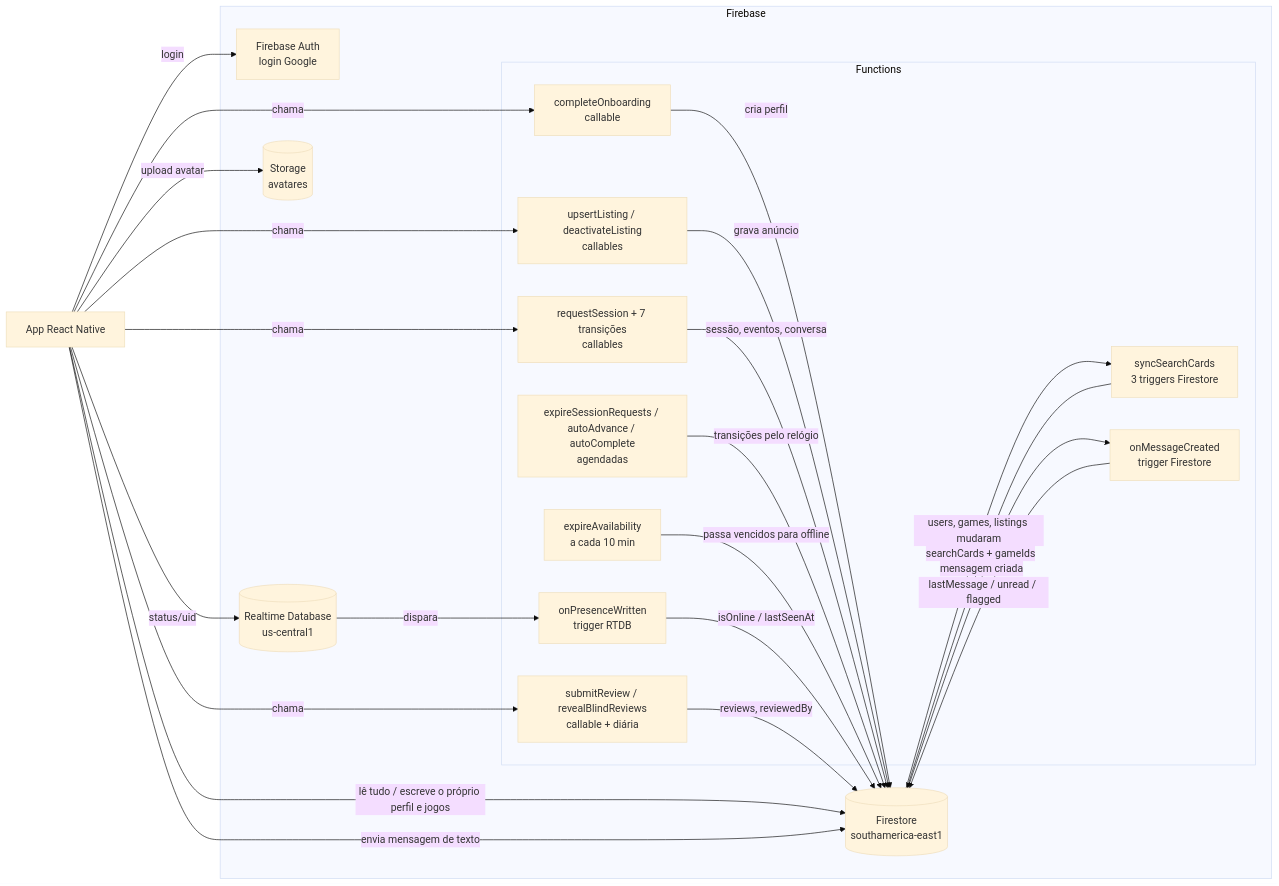
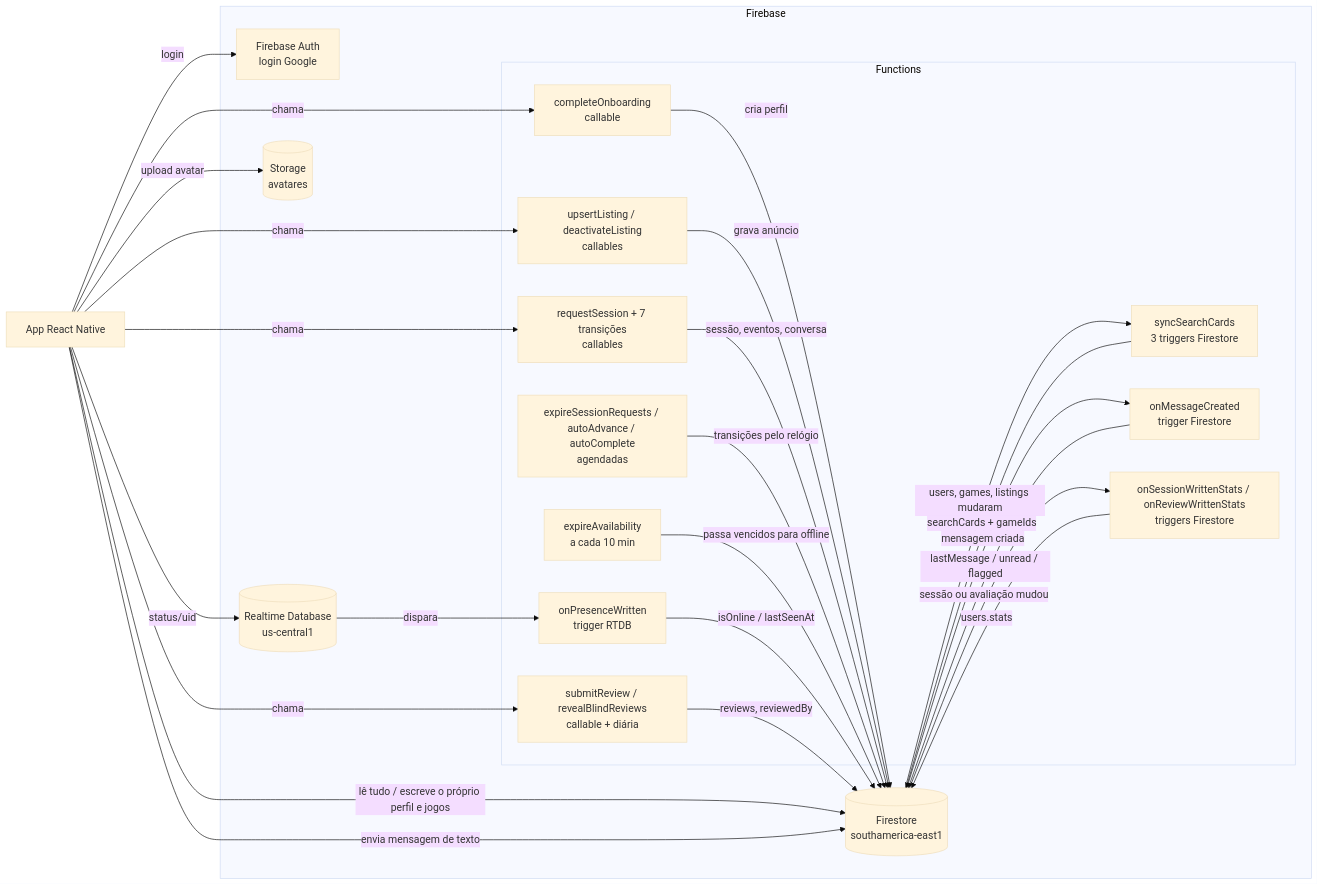
One commit to BMTeam-dev/player_two_backend changed the diagram in docs/DOCs.md. Above: the diagram before and after it, drawn with Mermaid (base theme). The commit also changed other lines of this file and 15 other files, not shown here.

First line of the commit message:
Adiciona stats do perfil recontadas por triggers (tarefa 30) (#16)

````diff
--- a/docs/DOCs.md
+++ b/docs/DOCs.md
@@ -46,44 +47,47 @@
 ```mermaid
 flowchart LR
   App[App React Native]
 
   subgraph Firebase
     Auth[Firebase Auth<br/>login Google]
     FS[(Firestore<br/>southamerica-east1)]
     RTDB[(Realtime Database<br/>us-central1)]
     ST[(Storage<br/>avatares)]
     subgraph Functions
       CO[completeOnboarding<br/>callable]
       EA[expireAvailability<br/>a cada 10 min]
       PW[onPresenceWritten<br/>trigger RTDB]
       SC[syncSearchCards<br/>3 triggers Firestore]
       LI[upsertListing / deactivateListing<br/>callables]
       SE[requestSession + 7 transições<br/>callables]
       SA[expireSessionRequests / autoAdvance / autoComplete<br/>agendadas]
       MC[onMessageCreated<br/>trigger Firestore]
       RV[submitReview / revealBlindReviews<br/>callable + diária]
+      ST2[onSessionWrittenStats / onReviewWrittenStats<br/>triggers Firestore]
     end
   end
 
   App -- login --> Auth
   App -- lê tudo / escreve o próprio perfil e jogos --> FS
   App -- status/uid --> RTDB
   App -- upload avatar --> ST
   App -- chama --> CO
   CO -- cria perfil --> FS
   App -- chama --> LI
   LI -- grava anúncio --> FS
   App -- chama --> SE
   SE -- sessão, eventos, conversa --> FS
   SA -- transições pelo relógio --> FS
   EA -- passa vencidos para offline --> FS
   RTDB -- dispara --> PW
   PW -- isOnline / lastSeenAt --> FS
   FS -- users, games, listings mudaram --> SC
   SC -- searchCards + gameIds --> FS
   App -- envia mensagem de texto --> FS
   FS -- mensagem criada --> MC
   MC -- lastMessage / unread / flagged --> FS
   App -- chama --> RV
   RV -- reviews, reviewedBy --> FS
+  FS -- sessão ou avaliação mudou --> ST2
+  ST2 -- users.stats --> FS
 ```
````
